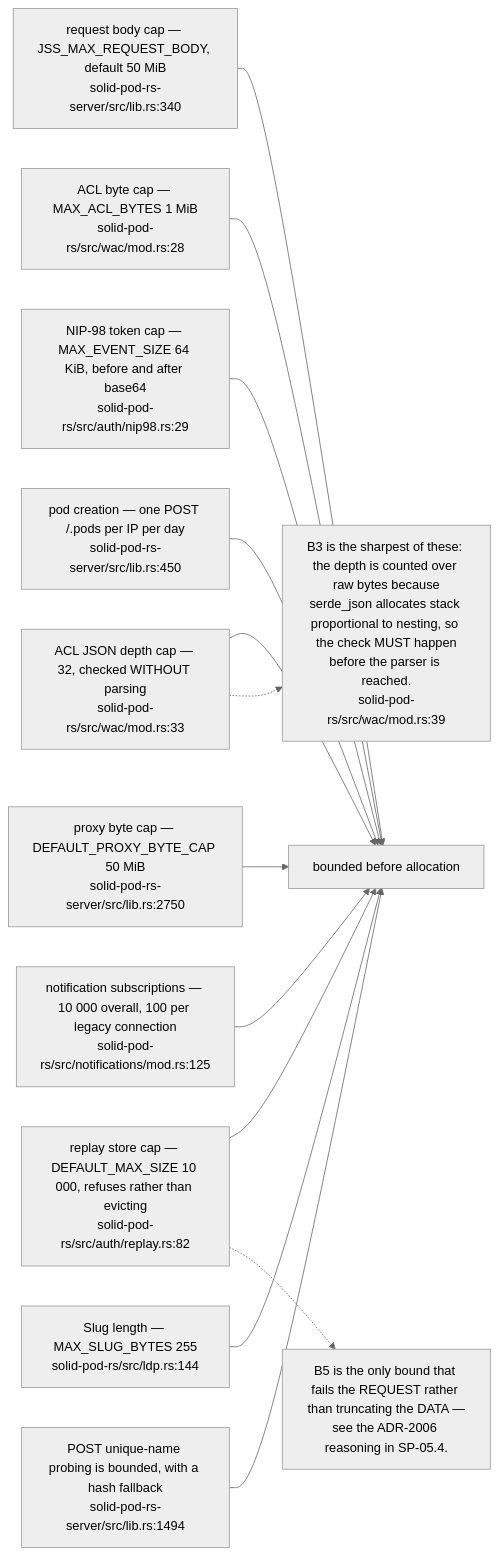
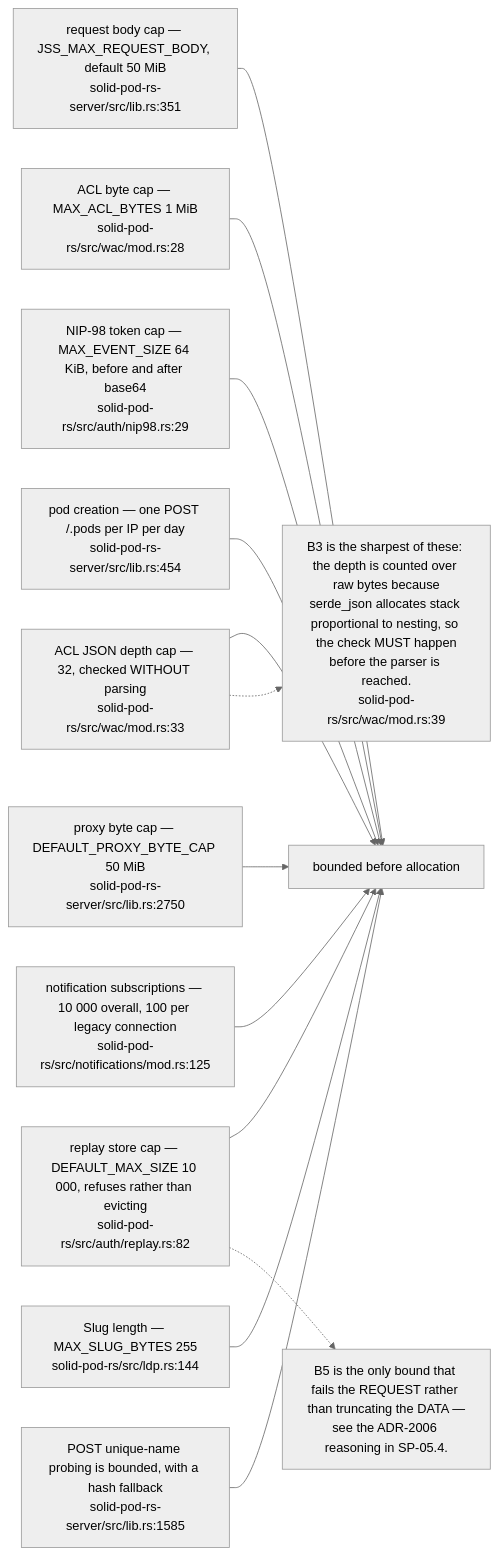
The tenth of 12 diagrams in docs/diagrams/solid-pod-rs/10-failure-modes-and-invariants.md (DreamLab-AI/VisionFlow), drawn with Mermaid (neutral theme) before and after one commit. The commit also changed other lines of this file and 10 other files, not shown here.

First line of the commit message:
docs(diagrams): close ER-1 to ER-4 and ER-33 across ten topics, re-stamped

````diff
--- a/docs/diagrams/solid-pod-rs/10-failure-modes-and-invariants.md
+++ b/docs/diagrams/solid-pod-rs/10-failure-modes-and-invariants.md
@@ -273,29 +274,29 @@
 ```mermaid
 flowchart LR
-    B1["request body cap — JSS_MAX_REQUEST_BODY, default 50 MiB<br/>solid-pod-rs-server/src/lib.rs:340"]
+    B1["request body cap — JSS_MAX_REQUEST_BODY, default 50 MiB<br/>solid-pod-rs-server/src/lib.rs:351"]
     B2["ACL byte cap — MAX_ACL_BYTES 1 MiB<br/>solid-pod-rs/src/wac/mod.rs:28"]
     B3["ACL JSON depth cap — 32, checked WITHOUT parsing<br/>solid-pod-rs/src/wac/mod.rs:33"]
     B4["NIP-98 token cap — MAX_EVENT_SIZE 64 KiB, before and after base64<br/>solid-pod-rs/src/auth/nip98.rs:29"]
     B5["replay store cap — DEFAULT_MAX_SIZE 10 000, refuses rather than evicting<br/>solid-pod-rs/src/auth/replay.rs:82"]
-    B6["pod creation — one POST /.pods per IP per day<br/>solid-pod-rs-server/src/lib.rs:450"]
+    B6["pod creation — one POST /.pods per IP per day<br/>solid-pod-rs-server/src/lib.rs:454"]
     B7["proxy byte cap — DEFAULT_PROXY_BYTE_CAP 50 MiB<br/>solid-pod-rs-server/src/lib.rs:2750"]
     B8["notification subscriptions — 10 000 overall, 100 per legacy connection<br/>solid-pod-rs/src/notifications/mod.rs:125"]
     B9["Slug length — MAX_SLUG_BYTES 255<br/>solid-pod-rs/src/ldp.rs:144"]
-    B10["POST unique-name probing is bounded, with a hash fallback<br/>solid-pod-rs-server/src/lib.rs:1494"]
+    B10["POST unique-name probing is bounded, with a hash fallback<br/>solid-pod-rs-server/src/lib.rs:1585"]
 
     B1 --> D["bounded before allocation"]
     B2 --> D
     B3 --> D
     B4 --> D
     B5 --> D
     B6 --> D
     B7 --> D
     B8 --> D
     B9 --> D
     B10 --> D
 
     N["B3 is the sharpest of these: the depth is counted over raw bytes because<br/>serde_json allocates stack proportional to nesting, so the check MUST happen<br/>before the parser is reached.<br/>solid-pod-rs/src/wac/mod.rs:39"]
     B3 -.-> N
     N2["B5 is the only bound that fails the REQUEST rather than truncating the DATA —<br/>see the ADR-2006 reasoning in SP-05.4."]
     B5 -.-> N2
 ```
````
